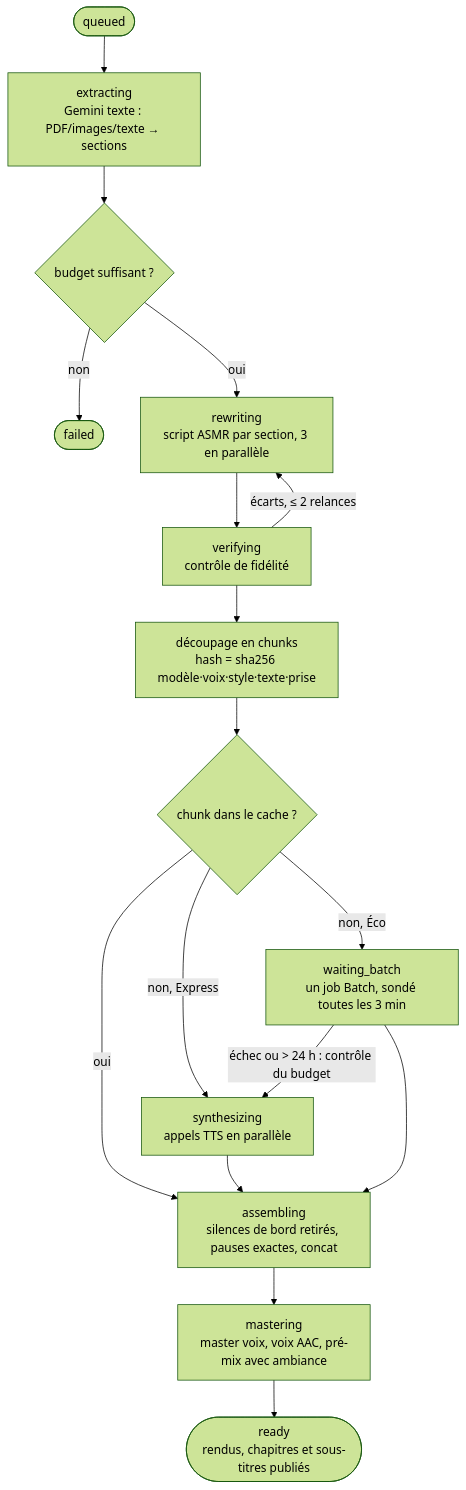
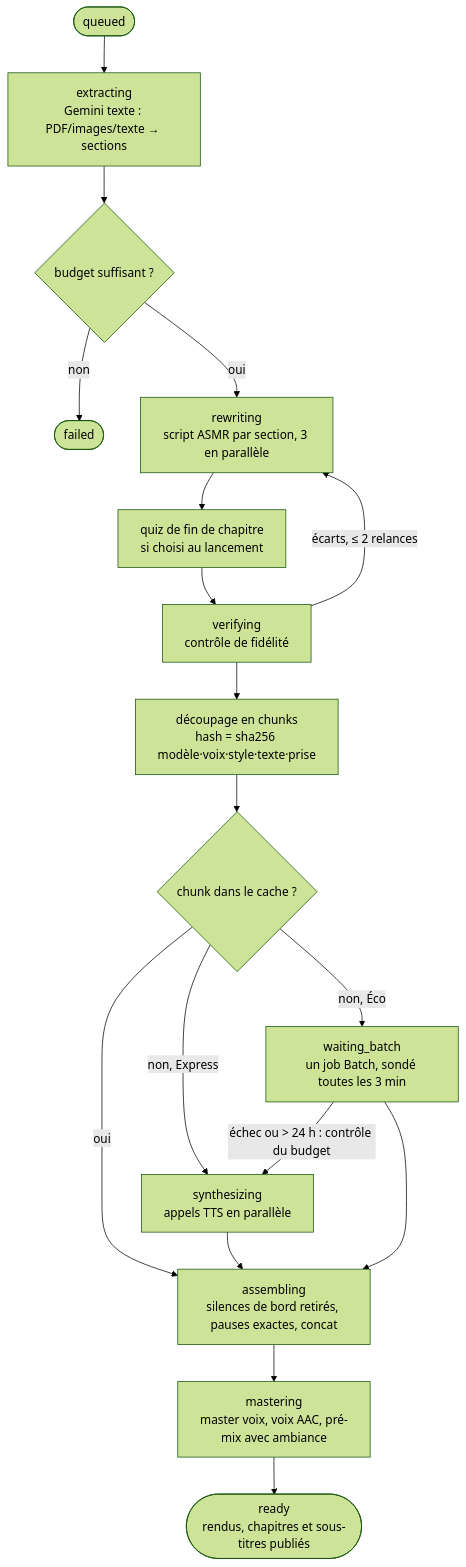
Before and after one commit to AssalHugo/asmr-cours: the second of 3 diagrams in docs/ARCHITECTURE.md, drawn with Mermaid (forest theme). The commit also changed other lines of this file and 28 other files, not shown here.

First line of the commit message:
feat(quiz): quiz audio en fin de chapitre

````diff
--- a/docs/ARCHITECTURE.md
+++ b/docs/ARCHITECTURE.md
@@ -28,19 +28,20 @@
 ```mermaid
 flowchart TD
   Q([queued]) --> E[extracting<br/>Gemini texte : PDF/images/texte → sections]
   E --> BU{budget suffisant ?}
   BU -- non --> F([failed])
   BU -- oui --> RW[rewriting<br/>script ASMR par section, 3 en parallèle]
-  RW --> V[verifying<br/>contrôle de fidélité]
+  RW --> QZ[quiz de fin de chapitre<br/>si choisi au lancement]
+  QZ --> V[verifying<br/>contrôle de fidélité]
   V -- "écarts, ≤ 2 relances" --> RW
   V --> C[découpage en chunks<br/>hash = sha256 modèle·voix·style·texte·prise]
   C --> K{chunk dans le cache ?}
   K -- oui --> A
   K -- "non, Express" --> ST[synthesizing<br/>appels TTS en parallèle]
   K -- "non, Éco" --> WB[waiting_batch<br/>un job Batch, sondé toutes les 3 min]
   WB -- "échec ou > 24 h : contrôle du budget" --> ST
   ST --> A[assembling<br/>silences de bord retirés, pauses exactes, concat]
   WB --> A
   A --> M[mastering<br/>master voix, voix AAC, pré-mix avec ambiance]
   M --> P([ready<br/>rendus, chapitres et sous-titres publiés])
 ```
````
